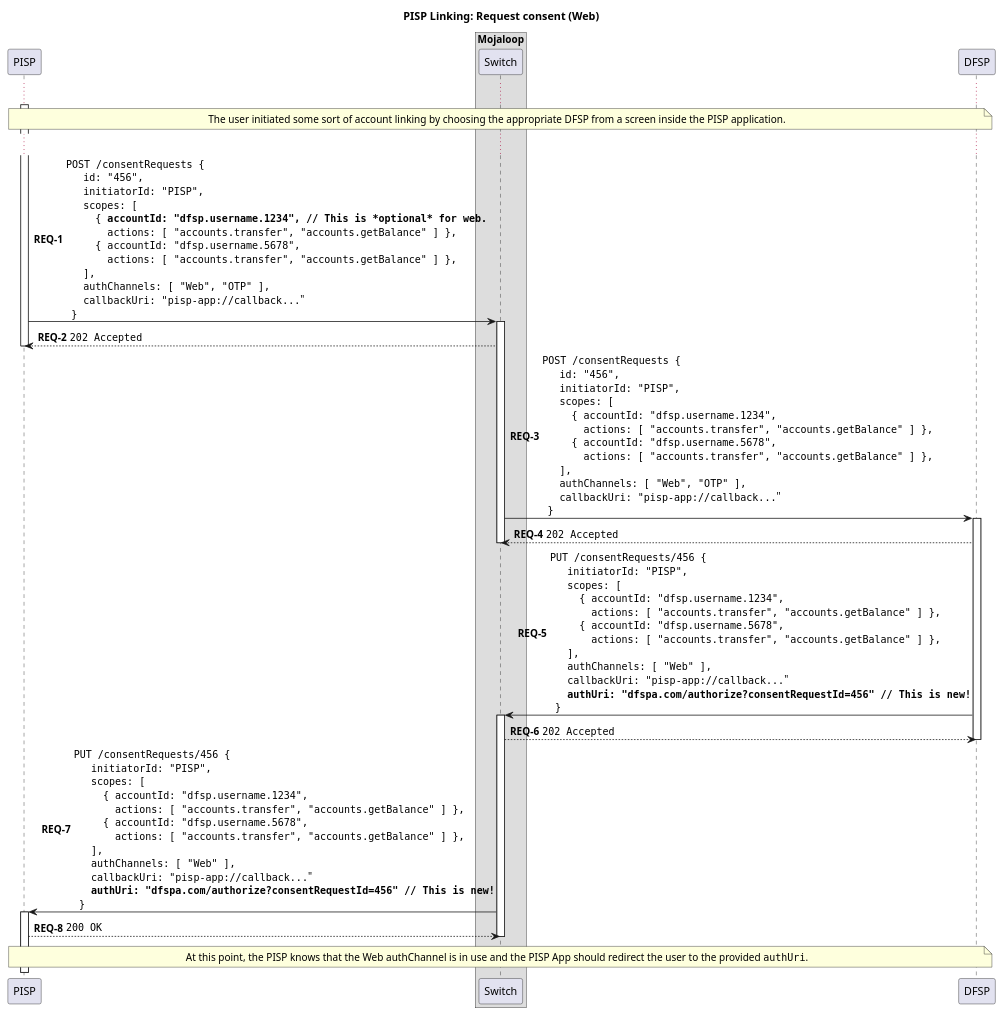
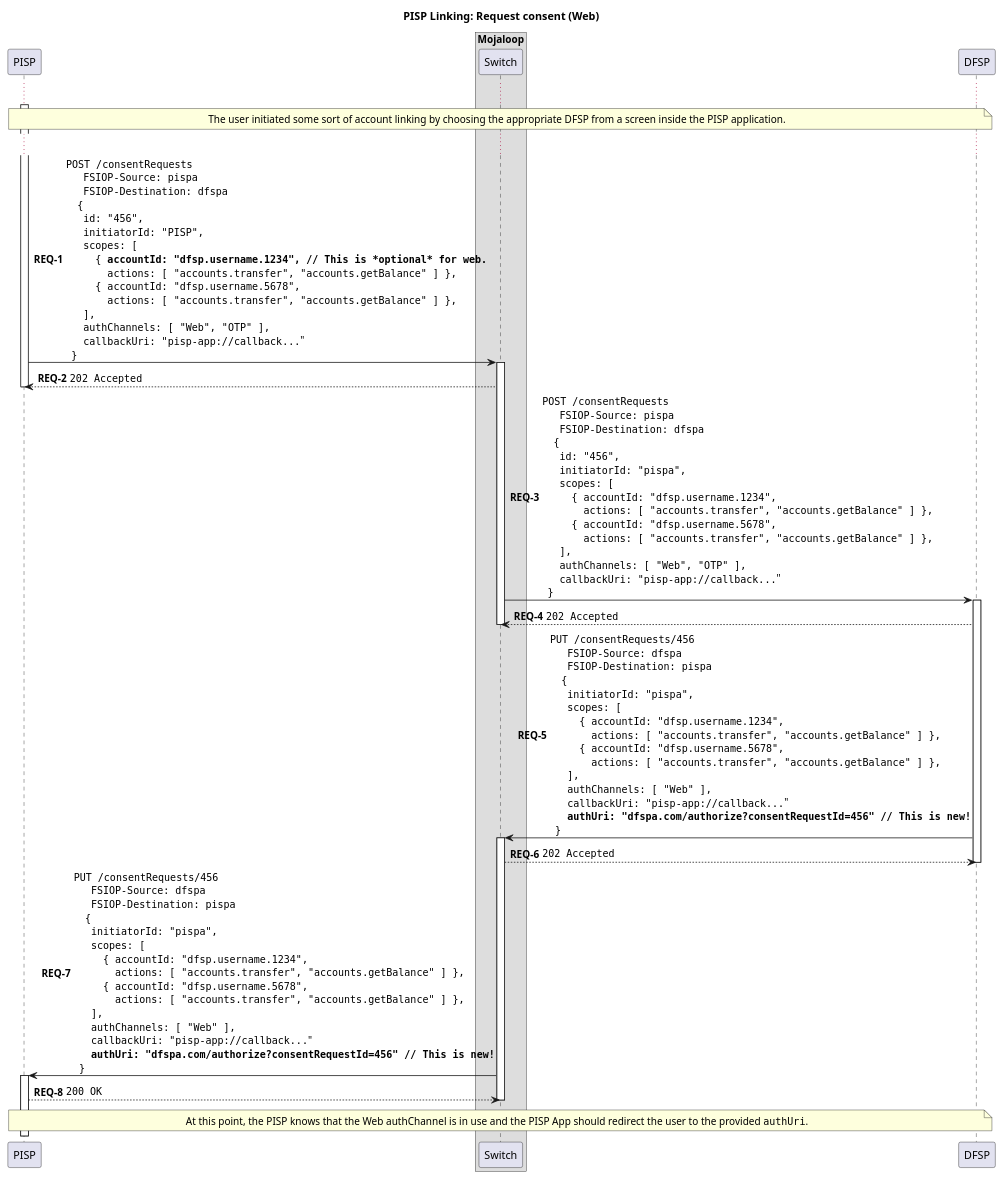
Before and after one commit to mojaloop/pisp-project: the diagram in docs/linking/2-request-consent-web.puml, drawn with PlantUML. The commit also changed 9 other files, not shown here.

Commit message:
feat: update sequence diagrams to show correct headers

```diff
--- a/docs/linking/2-request-consent-web.puml
+++ b/docs/linking/2-request-consent-web.puml
@@ -1,90 +1,102 @@
 @startuml
 
 title PISP Linking: Request consent (Web)
 
 participant "PISP" as PISP
 
 box "Mojaloop"
     participant Switch
 end box
 
 participant DFSP
 
 autonumber 1 "<b>REQ-#</b>"
 
 activate PISP
 
 ...
 
 note over PISP, DFSP
     The user initiated some sort of account linking by choosing the appropriate DFSP from a screen inside the PISP application.
 end note
 
 ...
 
-PISP -> Switch ++: ""POST /consentRequests {""\n\
+PISP -> Switch ++: ""POST /consentRequests""\n\
+  ""  FSIOP-Source: pispa""\n\
+  ""  FSIOP-Destination: dfspa""\n\
+  "" {""\n\
   ""  id: "456",""\n\
   ""  initiatorId: "PISP",""\n\
   ""  scopes: [ ""\n\
   ""    { **accountId: "dfsp.username.1234", // This is *optional* for web.**""\n\
   ""      actions: [ "accounts.transfer", "accounts.getBalance" ] },""\n\
   ""    { accountId: "dfsp.username.5678",""\n\
   ""      actions: [ "accounts.transfer", "accounts.getBalance" ] },""\n\
   ""  ],""\n\
   ""  authChannels: [ "Web", "OTP" ],""\n\
   ""  callbackUri: "pisp-app://callback..."""\n\
   ""}""
 Switch --> PISP: ""202 Accepted""
 deactivate PISP
 
-Switch -> DFSP ++:  ""POST /consentRequests {""\n\
+Switch -> DFSP ++:  ""POST /consentRequests""\n\
+  ""  FSIOP-Source: pispa""\n\
+  ""  FSIOP-Destination: dfspa""\n\
+  "" {""\n\
   ""  id: "456",""\n\
-  ""  initiatorId: "PISP",""\n\
+  ""  initiatorId: "pispa",""\n\
   ""  scopes: [ ""\n\
   ""    { accountId: "dfsp.username.1234",""\n\
   ""      actions: [ "accounts.transfer", "accounts.getBalance" ] },""\n\
   ""    { accountId: "dfsp.username.5678",""\n\
   ""      actions: [ "accounts.transfer", "accounts.getBalance" ] },""\n\
   ""  ],""\n\
   ""  authChannels: [ "Web", "OTP" ],""\n\
   ""  callbackUri: "pisp-app://callback..."""\n\
   ""}""
 DFSP --> Switch: ""202 Accepted""
 deactivate Switch
 
-DFSP -> Switch ++: ""PUT /consentRequests/456 {""\n\
-  ""  initiatorId: "PISP",""\n\
+DFSP -> Switch ++: ""PUT /consentRequests/456""\n\
+  ""  FSIOP-Source: dfspa""\n\
+  ""  FSIOP-Destination: pispa""\n\
+  "" {""\n\
+  ""  initiatorId: "pispa",""\n\
   ""  scopes: [ ""\n\
   ""    { accountId: "dfsp.username.1234",""\n\
   ""      actions: [ "accounts.transfer", "accounts.getBalance" ] },""\n\
   ""    { accountId: "dfsp.username.5678",""\n\
   ""      actions: [ "accounts.transfer", "accounts.getBalance" ] },""\n\
   ""  ],""\n\
   ""  authChannels: [ "Web" ],""\n\
   ""  callbackUri: "pisp-app://callback..."""\n\
   ""  **authUri: "dfspa.com/authorize?consentRequestId=456" // This is new!**""\n\
   ""}""
 ' TODO: Should this be 200 OK? or 202 Accepted?
 Switch --> DFSP: ""202 Accepted""
 deactivate DFSP
 
-Switch -> PISP ++: ""PUT /consentRequests/456 {""\n\
-  ""  initiatorId: "PISP",""\n\
+Switch -> PISP ++: ""PUT /consentRequests/456""\n\
+  ""  FSIOP-Source: dfspa""\n\
+  ""  FSIOP-Destination: pispa""\n\
+  "" {""\n\
+  ""  initiatorId: "pispa",""\n\
   ""  scopes: [ ""\n\
   ""    { accountId: "dfsp.username.1234",""\n\
   ""      actions: [ "accounts.transfer", "accounts.getBalance" ] },""\n\
   ""    { accountId: "dfsp.username.5678",""\n\
   ""      actions: [ "accounts.transfer", "accounts.getBalance" ] },""\n\
   ""  ],""\n\
   ""  authChannels: [ "Web" ],""\n\
   ""  callbackUri: "pisp-app://callback..."""\n\
   ""  **authUri: "dfspa.com/authorize?consentRequestId=456" // This is new!**""\n\
   ""}""
 PISP --> Switch: ""200 OK""
 deactivate Switch
 
 note over PISP, DFSP
   At this point, the PISP knows that the Web authChannel is in use and the PISP App should redirect the user to the provided ""authUri"".
 end note
 
 @enduml
```
